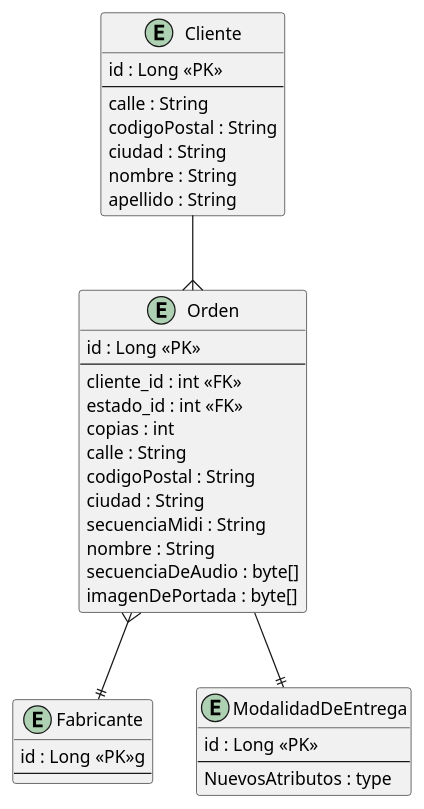
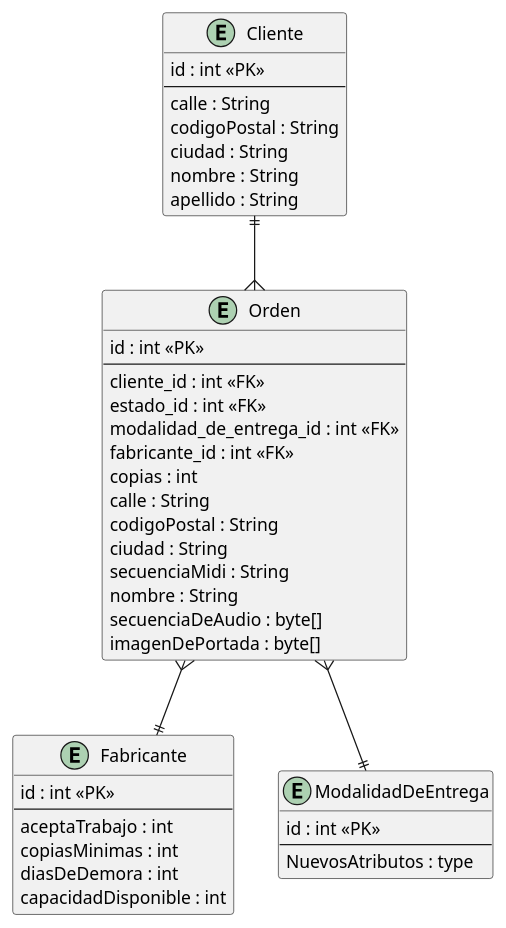
The diagram in Segundos-parciales/notesbox/DER.puml (mbeorlegui/parciales-dds), drawn with PlantUML before and after one commit. The commit also changed 4 other files, not shown here.

Commit message:
Actualiza diagramas y detalles de codigo

```diff
--- a/Segundos-parciales/notesbox/DER.puml
+++ b/Segundos-parciales/notesbox/DER.puml
@@ -1,48 +1,54 @@
 @startuml DER-notesbox
 
 entity Cliente {
-  id : Long <<PK>>
+  id : int <<PK>>
   --
   calle : String
   codigoPostal : String
   ciudad : String
   nombre : String
   apellido : String
 }
 
 entity Fabricante {
-  id : Long <<PK>>g
+  id : int <<PK>>
   --
+  aceptaTrabajo : int
+  copiasMinimas : int
+  diasDeDemora : int
+  capacidadDisponible : int
 }
 
 entity Orden {
-  id : Long <<PK>>
+  id : int <<PK>>
   --
   ' Dejo esta tabla sola ya que uso SingleTable
   cliente_id : int <<FK>>
   estado_id : int <<FK>>
+  modalidad_de_entrega_id : int <<FK>>
+  fabricante_id : int <<FK>>
   copias : int
   calle : String
   codigoPostal : String
   ciudad : String
   secuenciaMidi : String
   nombre : String
   secuenciaDeAudio : byte[]
   imagenDePortada : byte[]
 }
 
 entity ModalidadDeEntrega {
-  id : Long <<PK>>
+  id : int <<PK>>
   --
   ' Dejo esta tabla sola ya que uso SingleTable
   NuevosAtributos : type
 }
 
 
-Cliente --{ Orden
+Cliente ||--{ Orden
 Orden }--|| Fabricante
-Orden --|| ModalidadDeEntrega
+Orden }--|| ModalidadDeEntrega
 
 
 
 @enduml
```
